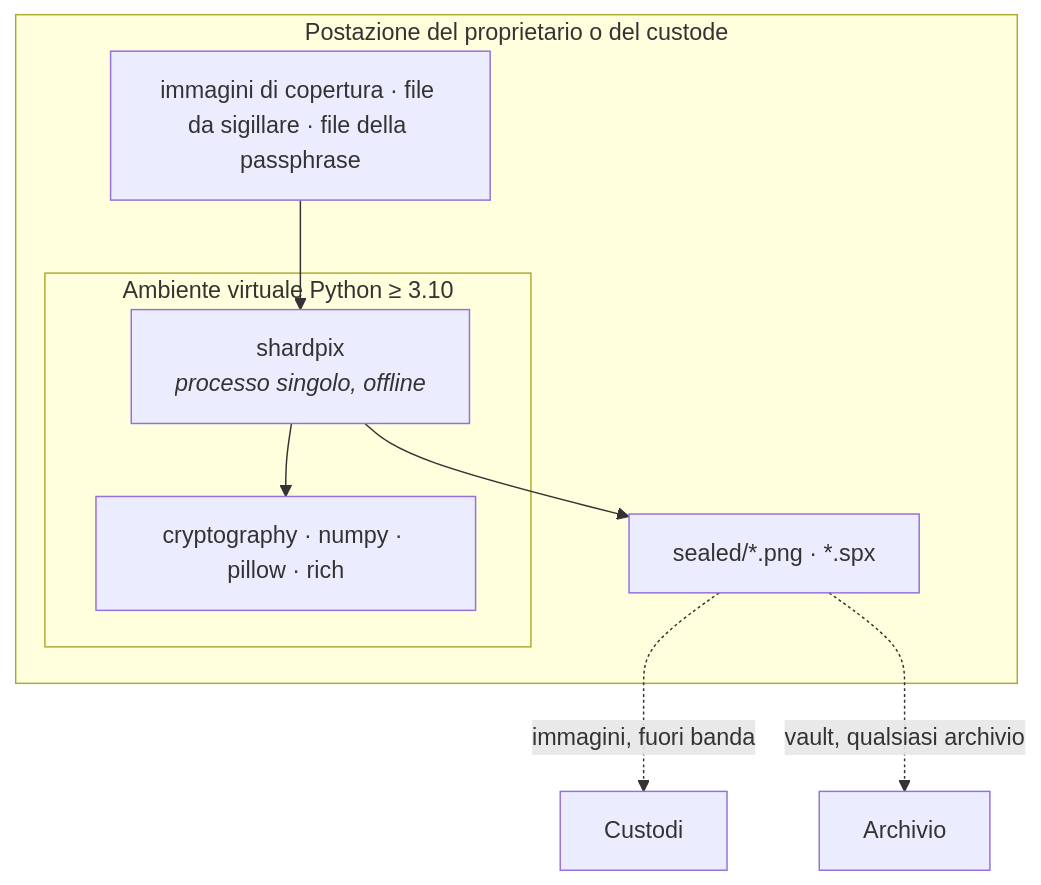
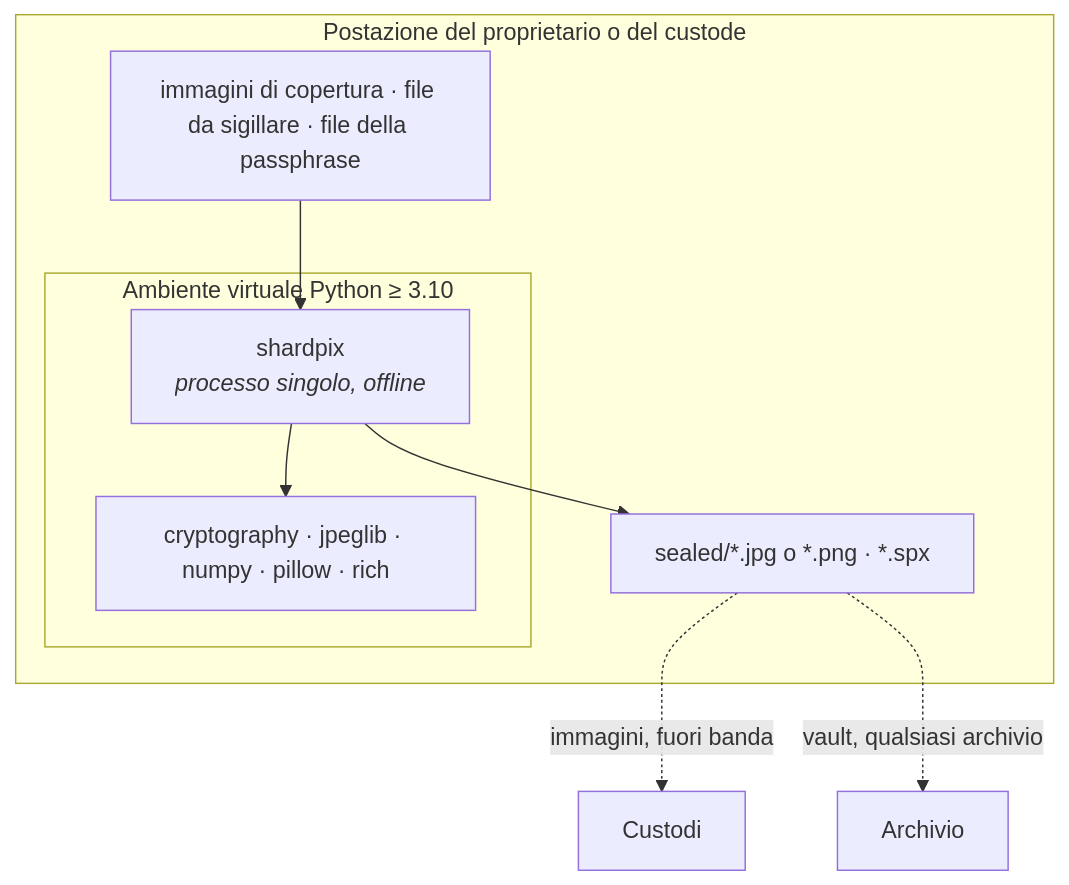
The fourth of 4 diagrams in docs_it/01-architecture.md (Just-Ipavon/shardpix), drawn with Mermaid before and after one commit. The commit also changed other lines of this file and 4 other files, not shown here.

````diff
--- a/docs_it/01-architecture.md
+++ b/docs_it/01-architecture.md
@@ -571,17 +616,17 @@
 ```mermaid
 graph TD
     subgraph host["Postazione del proprietario o del custode"]
         subgraph venv["Ambiente virtuale Python ≥ 3.10"]
             APP["shardpix<br/><i>processo singolo, offline</i>"]
-            DEP["cryptography · numpy · pillow · rich"]
+            DEP["cryptography · jpeglib · numpy · pillow · rich"]
         end
         IN["immagini di copertura · file da sigillare · file della passphrase"]
-        OUT["sealed/*.png · *.spx"]
+        OUT["sealed/*.jpg o *.png · *.spx"]
     end
 
     APP --> DEP
     IN --> APP
     APP --> OUT
     OUT -.->|"immagini, fuori banda"| HOLD["Custodi"]
     OUT -.->|"vault, qualsiasi archivio"| STORE["Archivio"]
 ```
````
